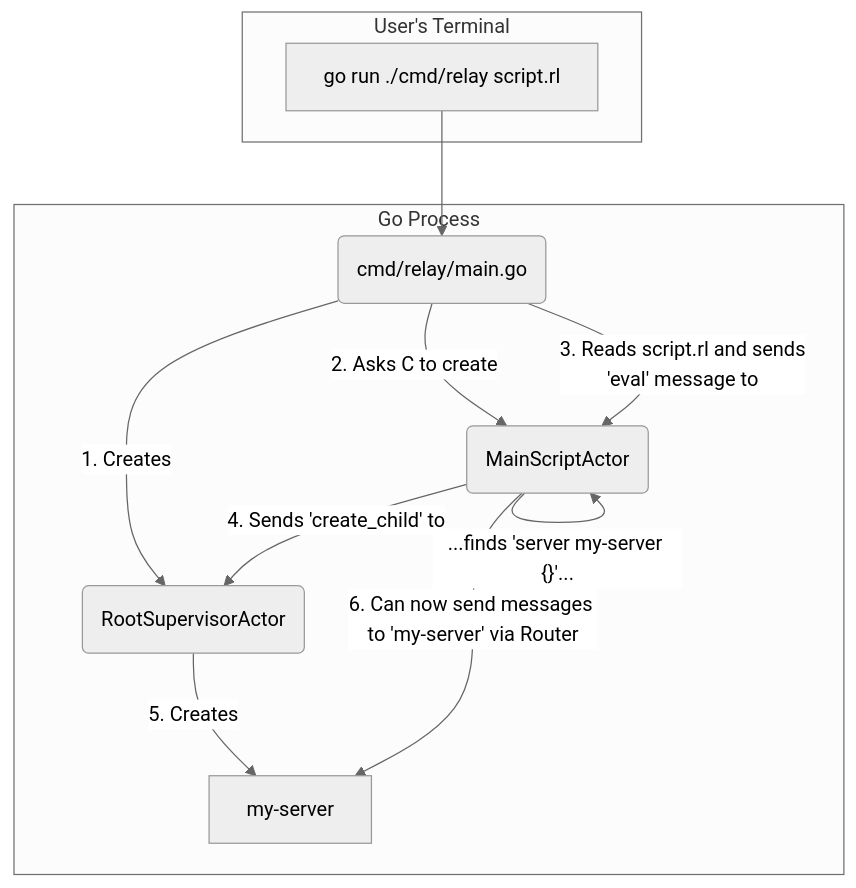
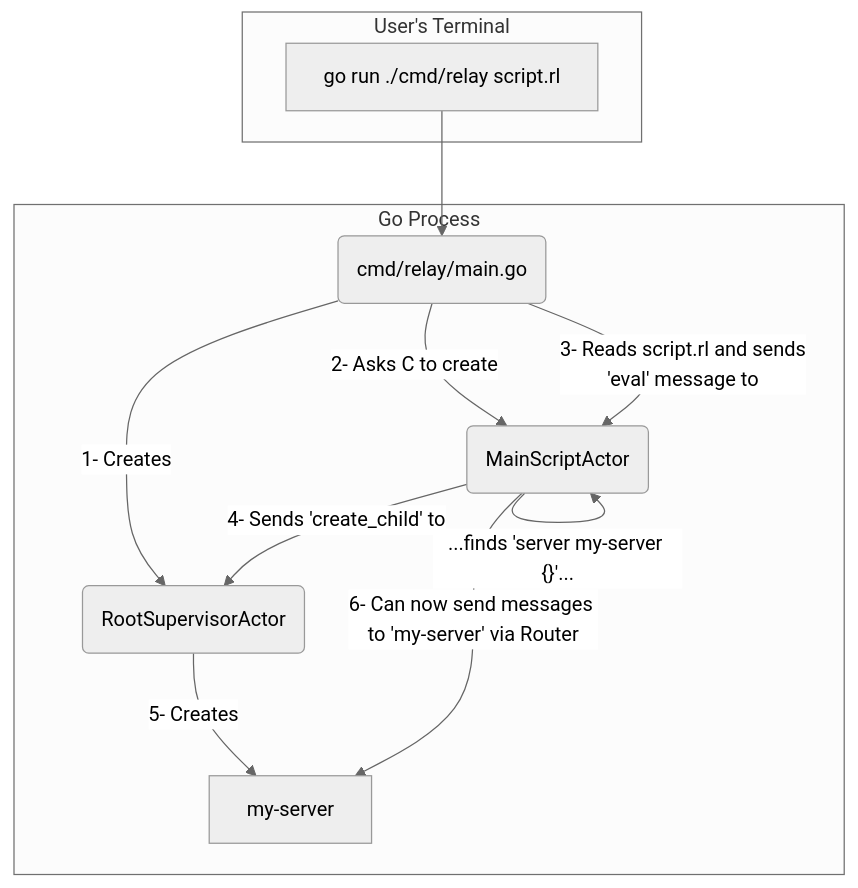
The second of 2 diagrams in docs/architecture.md (nemoNoboru/relay), drawn with Mermaid (neutral theme) before and after one commit. The commit also changed other lines of this file and 7 other files, not shown here.

````diff
--- a/docs/architecture.md
+++ b/docs/architecture.md
@@ -70,23 +70,23 @@
 ```mermaid
 graph TD
     subgraph "User's Terminal"
         A[go run ./cmd/relay script.rl]
     end
 
     subgraph "Go Process"
         B(cmd/relay/main.go)
         C(RootSupervisorActor)
         D(MainScriptActor)
         E(MyServerActor)
     end
 
     A --> B;
-    B -- "1. Creates" --> C;
-    B -- "2. Asks C to create" --> D;
-    B -- "3. Reads script.rl and sends<br/>'eval' message to" --> D;
+    B -- "1- Creates" --> C;
+    B -- "2- Asks C to create" --> D;
+    B -- "3- Reads script.rl and sends<br/>'eval' message to" --> D;
     D -- "Evaluates script.rl..." --> D;
     D -- "...finds 'server my-server {}'..." --> D;
-    D -- "4. Sends 'create_child' to" --> C;
-    C -- "5. Creates" --> E[my-server];
-    D -- "6. Can now send messages to 'my-server' via Router" --> E;
+    D -- "4- Sends 'create_child' to" --> C;
+    C -- "5- Creates" --> E[my-server];
+    D -- "6- Can now send messages to 'my-server' via Router" --> E;
 ``` 
````
